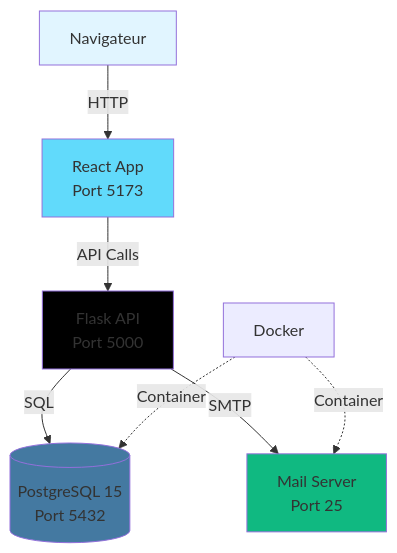
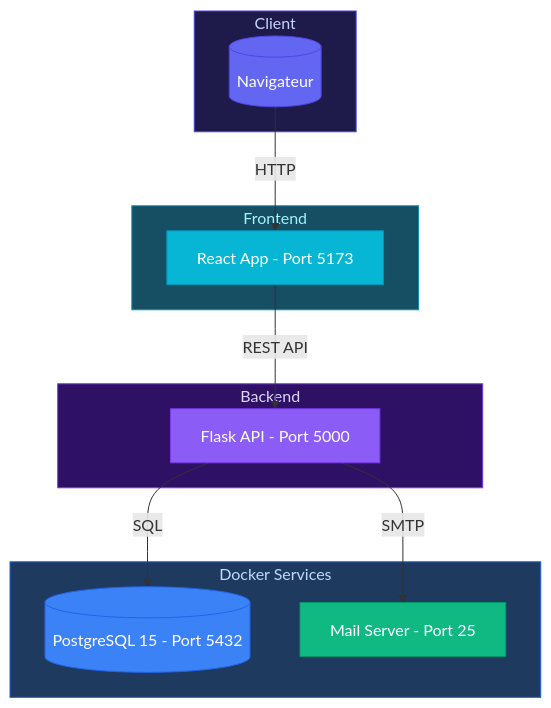
Before and after one commit to TISEPSE/Documentation-BBC: the diagram in docs/architecture/overview.md, drawn with Mermaid. The commit also changed 1 other file, not shown here.

Commit message:
modif schéma mermaid

````diff
--- a/docs/architecture/overview.md
+++ b/docs/architecture/overview.md
@@ -7,16 +7,35 @@
 ```mermaid
-graph TB
-    A[Navigateur] -->|HTTP| B[React App<br/>Port 5173]
-    B -->|API Calls| C[Flask API<br/>Port 5000]
-    C -->|SQL| D[(PostgreSQL 15<br/>Port 5432)]
-    C -->|SMTP| E[Mail Server<br/>Port 25]
+flowchart TB
+    subgraph CLIENT["Client"]
+        A[("Navigateur")]
+    end
 
-    F[Docker] -.->|Container| D
-    F -.->|Container| E
+    subgraph FRONTEND["Frontend"]
+        B["React App - Port 5173"]
+    end
 
-    style A fill:#e1f5ff
-    style B fill:#61dafb
-    style C fill:#000
-    style D fill:#4479a1
-    style E fill:#10b981
+    subgraph BACKEND["Backend"]
+        C["Flask API - Port 5000"]
+    end
+
+    subgraph DOCKER["Docker Services"]
+        D[("PostgreSQL 15 - Port 5432")]
+        E["Mail Server - Port 25"]
+    end
+
+    A -->|"HTTP"| B
+    B -->|"REST API"| C
+    C -->|"SQL"| D
+    C -->|"SMTP"| E
+
+    style A fill:#6366f1,stroke:#4f46e5,color:#fff
+    style B fill:#06b6d4,stroke:#0891b2,color:#fff
+    style C fill:#8b5cf6,stroke:#7c3aed,color:#fff
+    style D fill:#3b82f6,stroke:#2563eb,color:#fff
+    style E fill:#10b981,stroke:#059669,color:#fff
+
+    style CLIENT fill:#1e1b4b,stroke:#4f46e5,color:#c7d2fe
+    style FRONTEND fill:#164e63,stroke:#0891b2,color:#a5f3fc
+    style BACKEND fill:#2e1065,stroke:#7c3aed,color:#ddd6fe
+    style DOCKER fill:#1e3a5f,stroke:#2563eb,color:#bfdbfe
 ```
````
